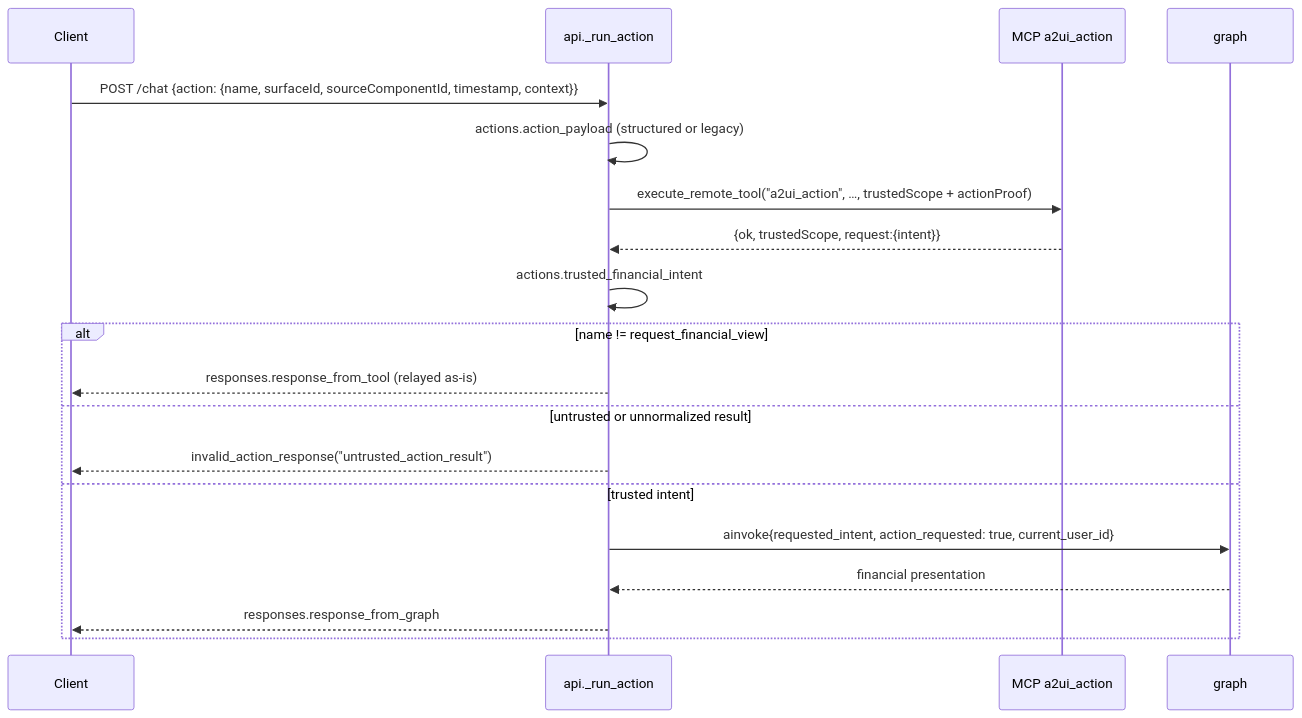
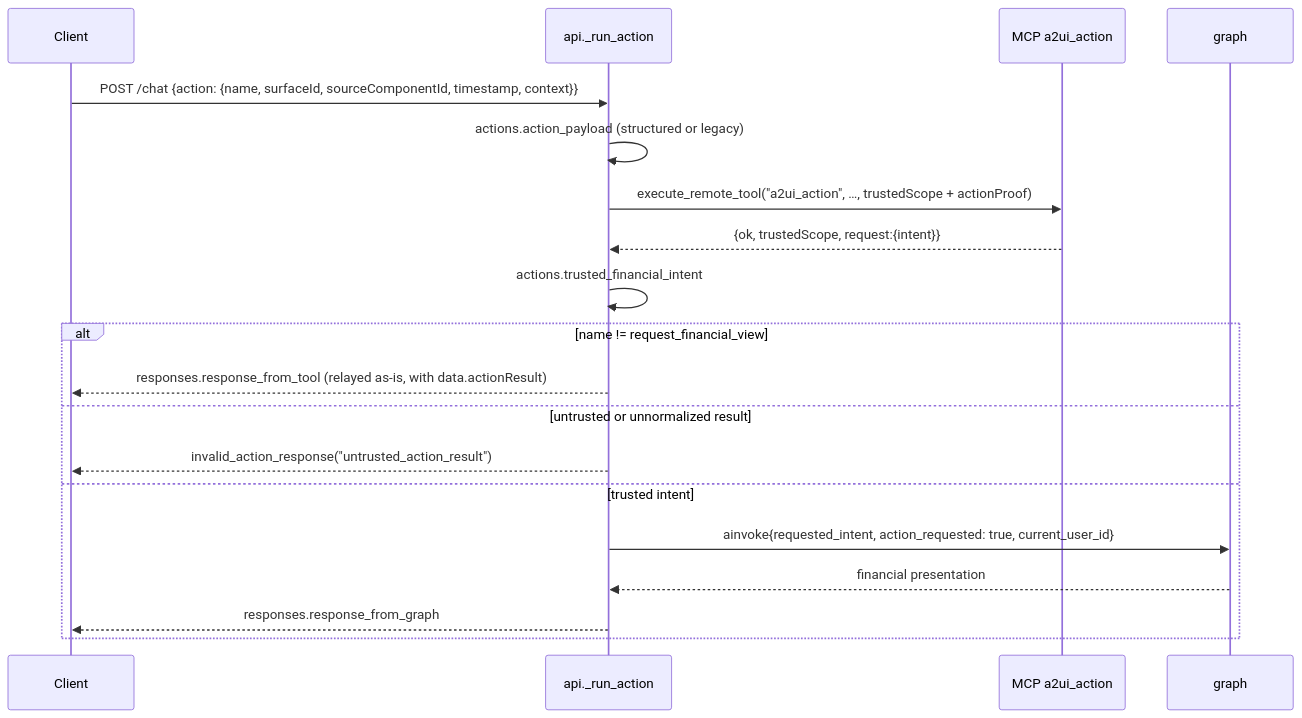
One commit to JpAboytes/hackmty2026-agent changed the tenth of 11 diagrams in docs/FLOWS.md. Above: the diagram before and after it, drawn with Mermaid. The commit also changed other lines of this file and 30 other files, not shown here.

First line of the commit message:
feat(agent): agentic graph, lifecycle events, model-selected actions

````diff
--- a/docs/FLOWS.md
+++ b/docs/FLOWS.md
@@ -254,21 +386,21 @@
 ```mermaid
 sequenceDiagram
   participant C as Client
   participant A as api._run_action
   participant M as MCP a2ui_action
   participant G as graph
   C->>A: POST /chat {action: {name, surfaceId, sourceComponentId, timestamp, context}}
   A->>A: actions.action_payload (structured or legacy)
   A->>M: execute_remote_tool("a2ui_action", …, trustedScope + actionProof)
   M-->>A: {ok, trustedScope, request:{intent}}
   A->>A: actions.trusted_financial_intent
   alt name != request_financial_view
-    A-->>C: responses.response_from_tool (relayed as-is)
+    A-->>C: responses.response_from_tool (relayed as-is, with data.actionResult)
   else untrusted or unnormalized result
     A-->>C: invalid_action_response("untrusted_action_result")
   else trusted intent
     A->>G: ainvoke{requested_intent, action_requested: true, current_user_id}
     G-->>A: financial presentation
     A-->>C: responses.response_from_graph
   end
 ```
````
